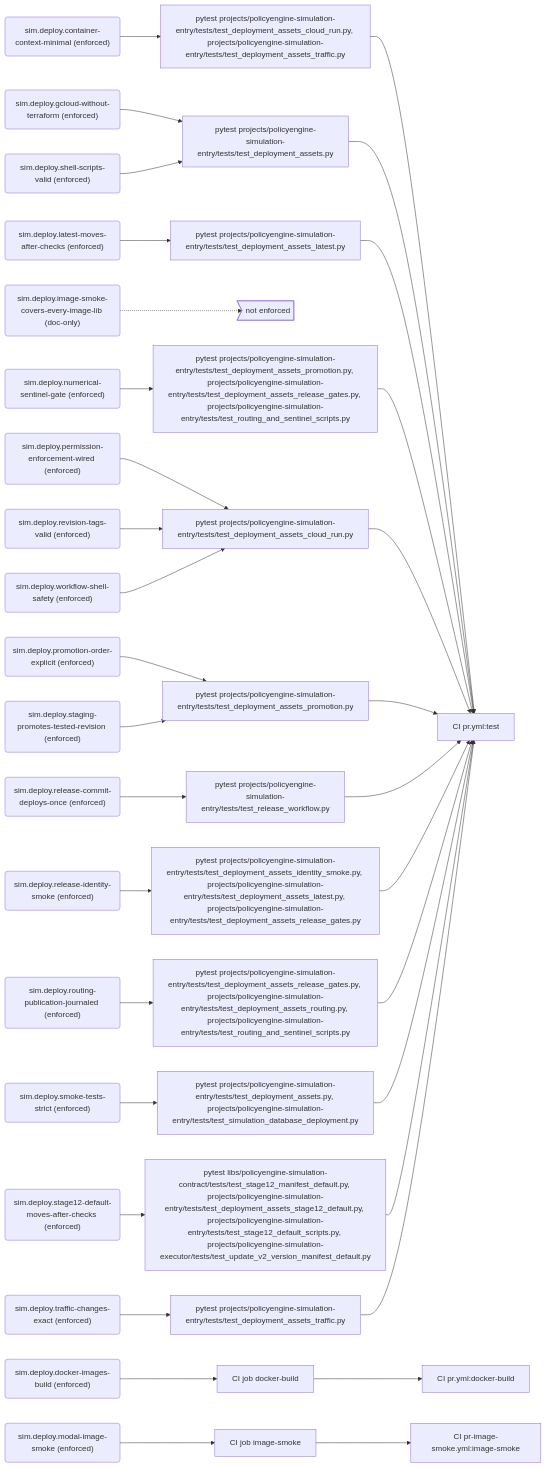
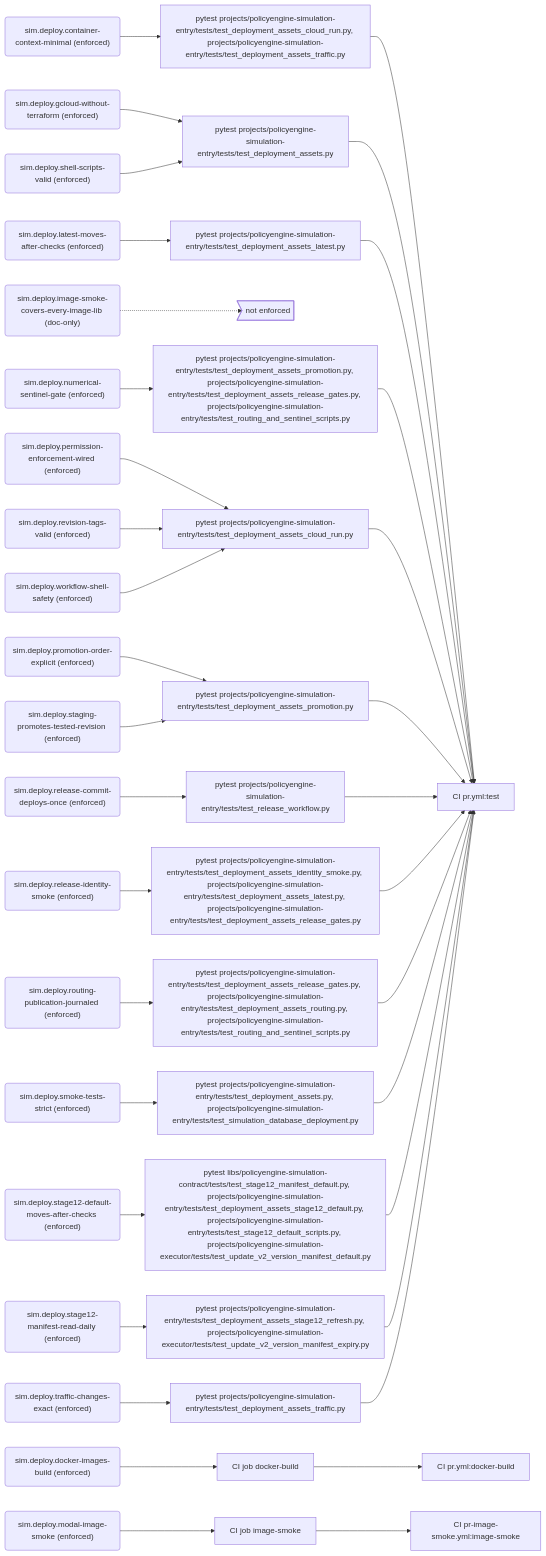
The fourth of 11 diagrams in docs/generated/rules.md (PolicyEngine/policyengine-sim-api), drawn with Mermaid before and after one commit. The commit also changed other lines of this file and 10 other files, not shown here.

First line of the commit message:
Read the Stage 12 v2 manifest daily, and refuse to publish a deployment's worker into a missing one

````diff
--- a/docs/generated/rules.md
+++ b/docs/generated/rules.md
@@ -187,73 +189,77 @@
 ```mermaid
 flowchart LR
   r_sim_deploy_container_context_minimal("sim.deploy.container-context-minimal (enforced)")
   e_pytest_projects_policyengine_simulation_entry_tests_test_deployment_assets_cloud_run_py__projects_policyengine_simulation_entry_tests_test_deployment_assets_traffic_py["pytest projects/policyengine-simulation-entry/tests/test_deployment_assets_cloud_run.py, projects/policyengine-simulation-entry/tests/test_deployment_assets_traffic.py"]
   j_CI_pr_yml_test["CI pr.yml:test"]
   r_sim_deploy_docker_images_build("sim.deploy.docker-images-build (enforced)")
   e_CI_job_docker_build["CI job docker-build"]
   j_CI_pr_yml_docker_build["CI pr.yml:docker-build"]
   r_sim_deploy_gcloud_without_terraform("sim.deploy.gcloud-without-terraform (enforced)")
   e_pytest_projects_policyengine_simulation_entry_tests_test_deployment_assets_py["pytest projects/policyengine-simulation-entry/tests/test_deployment_assets.py"]
   r_sim_deploy_image_smoke_covers_every_image_lib("sim.deploy.image-smoke-covers-every-image-lib (doc-only)")
   gap_unenforced>"not enforced"]
   r_sim_deploy_latest_moves_after_checks("sim.deploy.latest-moves-after-checks (enforced)")
   e_pytest_projects_policyengine_simulation_entry_tests_test_deployment_assets_latest_py["pytest projects/policyengine-simulation-entry/tests/test_deployment_assets_latest.py"]
   r_sim_deploy_modal_image_smoke("sim.deploy.modal-image-smoke (enforced)")
   e_CI_job_image_smoke["CI job image-smoke"]
   j_CI_pr_image_smoke_yml_image_smoke["CI pr-image-smoke.yml:image-smoke"]
   r_sim_deploy_numerical_sentinel_gate("sim.deploy.numerical-sentinel-gate (enforced)")
   e_pytest_projects_policyengine_simulation_entry_tests_test_deployment_assets_promotion_py__projects_policyengine_simulation_entry_tests_test_deployment_assets_release_gates_py__projects_policyengine_simulation_entry_tests_test_routing_and_sentinel_scripts_py["pytest projects/policyengine-simulation-entry/tests/test_deployment_assets_promotion.py, projects/policyengine-simulation-entry/tests/test_deployment_assets_release_gates.py, projects/policyengine-simulation-entry/tests/test_routing_and_sentinel_scripts.py"]
   r_sim_deploy_permission_enforcement_wired("sim.deploy.permission-enforcement-wired (enforced)")
   e_pytest_projects_policyengine_simulation_entry_tests_test_deployment_assets_cloud_run_py["pytest projects/policyengine-simulation-entry/tests/test_deployment_assets_cloud_run.py"]
   r_sim_deploy_promotion_order_explicit("sim.deploy.promotion-order-explicit (enforced)")
   e_pytest_projects_policyengine_simulation_entry_tests_test_deployment_assets_promotion_py["pytest projects/policyengine-simulation-entry/tests/test_deployment_assets_promotion.py"]
   r_sim_deploy_release_commit_deploys_once("sim.deploy.release-commit-deploys-once (enforced)")
   e_pytest_projects_policyengine_simulation_entry_tests_test_release_workflow_py["pytest projects/policyengine-simulation-entry/tests/test_release_workflow.py"]
   r_sim_deploy_release_identity_smoke("sim.deploy.release-identity-smoke (enforced)")
   e_pytest_projects_policyengine_simulation_entry_tests_test_deployment_assets_identity_smoke_py__projects_policyengine_simulation_entry_tests_test_deployment_assets_latest_py__projects_policyengine_simulation_entry_tests_test_deployment_assets_release_gates_py["pytest projects/policyengine-simulation-entry/tests/test_deployment_assets_identity_smoke.py, projects/policyengine-simulation-entry/tests/test_deployment_assets_latest.py, projects/policyengine-simulation-entry/tests/test_deployment_assets_release_gates.py"]
   r_sim_deploy_revision_tags_valid("sim.deploy.revision-tags-valid (enforced)")
   r_sim_deploy_routing_publication_journaled("sim.deploy.routing-publication-journaled (enforced)")
   e_pytest_projects_policyengine_simulation_entry_tests_test_deployment_assets_release_gates_py__projects_policyengine_simulation_entry_tests_test_deployment_assets_routing_py__projects_policyengine_simulation_entry_tests_test_routing_and_sentinel_scripts_py["pytest projects/policyengine-simulation-entry/tests/test_deployment_assets_release_gates.py, projects/policyengine-simulation-entry/tests/test_deployment_assets_routing.py, projects/policyengine-simulation-entry/tests/test_routing_and_sentinel_scripts.py"]
   r_sim_deploy_shell_scripts_valid("sim.deploy.shell-scripts-valid (enforced)")
   r_sim_deploy_smoke_tests_strict("sim.deploy.smoke-tests-strict (enforced)")
   e_pytest_projects_policyengine_simulation_entry_tests_test_deployment_assets_py__projects_policyengine_simulation_entry_tests_test_simulation_database_deployment_py["pytest projects/policyengine-simulation-entry/tests/test_deployment_assets.py, projects/policyengine-simulation-entry/tests/test_simulation_database_deployment.py"]
   r_sim_deploy_stage12_default_moves_after_checks("sim.deploy.stage12-default-moves-after-checks (enforced)")
   e_pytest_libs_policyengine_simulation_contract_tests_test_stage12_manifest_default_py__projects_policyengine_simulation_entry_tests_test_deployment_assets_stage12_default_py__projects_policyengine_simulation_entry_tests_test_stage12_default_scripts_py__projects_policyengine_simulation_executor_tests_test_update_v2_version_manifest_default_py["pytest libs/policyengine-simulation-contract/tests/test_stage12_manifest_default.py, projects/policyengine-simulation-entry/tests/test_deployment_assets_stage12_default.py, projects/policyengine-simulation-entry/tests/test_stage12_default_scripts.py, projects/policyengine-simulation-executor/tests/test_update_v2_version_manifest_default.py"]
+  r_sim_deploy_stage12_manifest_read_daily("sim.deploy.stage12-manifest-read-daily (enforced)")
+  e_pytest_projects_policyengine_simulation_entry_tests_test_deployment_assets_stage12_refresh_py__projects_policyengine_simulation_executor_tests_test_update_v2_version_manifest_expiry_py["pytest projects/policyengine-simulation-entry/tests/test_deployment_assets_stage12_refresh.py, projects/policyengine-simulation-executor/tests/test_update_v2_version_manifest_expiry.py"]
   r_sim_deploy_staging_promotes_tested_revision("sim.deploy.staging-promotes-tested-revision (enforced)")
   r_sim_deploy_traffic_changes_exact("sim.deploy.traffic-changes-exact (enforced)")
   e_pytest_projects_policyengine_simulation_entry_tests_test_deployment_assets_traffic_py["pytest projects/policyengine-simulation-entry/tests/test_deployment_assets_traffic.py"]
   r_sim_deploy_workflow_shell_safety("sim.deploy.workflow-shell-safety (enforced)")
   r_sim_deploy_container_context_minimal --> e_pytest_projects_policyengine_simulation_entry_tests_test_deployment_assets_cloud_run_py__projects_policyengine_simulation_entry_tests_test_deployment_assets_traffic_py
   e_pytest_projects_policyengine_simulation_entry_tests_test_deployment_assets_cloud_run_py__projects_policyengine_simulation_entry_tests_test_deployment_assets_traffic_py --> j_CI_pr_yml_test
   r_sim_deploy_docker_images_build --> e_CI_job_docker_build
   e_CI_job_docker_build --> j_CI_pr_yml_docker_build
   r_sim_deploy_gcloud_without_terraform --> e_pytest_projects_policyengine_simulation_entry_tests_test_deployment_assets_py
   e_pytest_projects_policyengine_simulation_entry_tests_test_deployment_assets_py --> j_CI_pr_yml_test
   r_sim_deploy_image_smoke_covers_every_image_lib -.-> gap_unenforced
   r_sim_deploy_latest_moves_after_checks --> e_pytest_projects_policyengine_simulation_entry_tests_test_deployment_assets_latest_py
   e_pytest_projects_policyengine_simulation_entry_tests_test_deployment_assets_latest_py --> j_CI_pr_yml_test
   r_sim_deploy_modal_image_smoke --> e_CI_job_image_smoke
   e_CI_job_image_smoke --> j_CI_pr_image_smoke_yml_image_smoke
   r_sim_deploy_numerical_sentinel_gate --> e_pytest_projects_policyengine_simulation_entry_tests_test_deployment_assets_promotion_py__projects_policyengine_simulation_entry_tests_test_deployment_assets_release_gates_py__projects_policyengine_simulation_entry_tests_test_routing_and_sentinel_scripts_py
   e_pytest_projects_policyengine_simulation_entry_tests_test_deployment_assets_promotion_py__projects_policyengine_simulation_entry_tests_test_deployment_assets_release_gates_py__projects_policyengine_simulation_entry_tests_test_routing_and_sentinel_scripts_py --> j_CI_pr_yml_test
   r_sim_deploy_permission_enforcement_wired --> e_pytest_projects_policyengine_simulation_entry_tests_test_deployment_assets_cloud_run_py
   e_pytest_projects_policyengine_simulation_entry_tests_test_deployment_assets_cloud_run_py --> j_CI_pr_yml_test
   r_sim_deploy_promotion_order_explicit --> e_pytest_projects_policyengine_simulation_entry_tests_test_deployment_assets_promotion_py
   e_pytest_projects_policyengine_simulation_entry_tests_test_deployment_assets_promotion_py --> j_CI_pr_yml_test
   r_sim_deploy_release_commit_deploys_once --> e_pytest_projects_policyengine_simulation_entry_tests_test_release_workflow_py
   e_pytest_projects_policyengine_simulation_entry_tests_test_release_workflow_py --> j_CI_pr_yml_test
   r_sim_deploy_release_identity_smoke --> e_pytest_projects_policyengine_simulation_entry_tests_test_deployment_assets_identity_smoke_py__projects_policyengine_simulation_entry_tests_test_deployment_assets_latest_py__projects_policyengine_simulation_entry_tests_test_deployment_assets_release_gates_py
   e_pytest_projects_policyengine_simulation_entry_tests_test_deployment_assets_identity_smoke_py__projects_policyengine_simulation_entry_tests_test_deployment_assets_latest_py__projects_policyengine_simulation_entry_tests_test_deployment_assets_release_gates_py --> j_CI_pr_yml_test
   r_sim_deploy_revision_tags_valid --> e_pytest_projects_policyengine_simulation_entry_tests_test_deployment_assets_cloud_run_py
   r_sim_deploy_routing_publication_journaled --> e_pytest_projects_policyengine_simulation_entry_tests_test_deployment_assets_release_gates_py__projects_policyengine_simulation_entry_tests_test_deployment_assets_routing_py__projects_policyengine_simulation_entry_tests_test_routing_and_sentinel_scripts_py
   e_pytest_projects_policyengine_simulation_entry_tests_test_deployment_assets_release_gates_py__projects_policyengine_simulation_entry_tests_test_deployment_assets_routing_py__projects_policyengine_simulation_entry_tests_test_routing_and_sentinel_scripts_py --> j_CI_pr_yml_test
   r_sim_deploy_shell_scripts_valid --> e_pytest_projects_policyengine_simulation_entry_tests_test_deployment_assets_py
   r_sim_deploy_smoke_tests_strict --> e_pytest_projects_policyengine_simulation_entry_tests_test_deployment_assets_py__projects_policyengine_simulation_entry_tests_test_simulation_database_deployment_py
   e_pytest_projects_policyengine_simulation_entry_tests_test_deployment_assets_py__projects_policyengine_simulation_entry_tests_test_simulation_database_deployment_py --> j_CI_pr_yml_test
   r_sim_deploy_stage12_default_moves_after_checks --> e_pytest_libs_policyengine_simulation_contract_tests_test_stage12_manifest_default_py__projects_policyengine_simulation_entry_tests_test_deployment_assets_stage12_default_py__projects_policyengine_simulation_entry_tests_test_stage12_default_scripts_py__projects_policyengine_simulation_executor_tests_test_update_v2_version_manifest_default_py
   e_pytest_libs_policyengine_simulation_contract_tests_test_stage12_manifest_default_py__projects_policyengine_simulation_entry_tests_test_deployment_assets_stage12_default_py__projects_policyengine_simulation_entry_tests_test_stage12_default_scripts_py__projects_policyengine_simulation_executor_tests_test_update_v2_version_manifest_default_py --> j_CI_pr_yml_test
+  r_sim_deploy_stage12_manifest_read_daily --> e_pytest_projects_policyengine_simulation_entry_tests_test_deployment_assets_stage12_refresh_py__projects_policyengine_simulation_executor_tests_test_update_v2_version_manifest_expiry_py
+  e_pytest_projects_policyengine_simulation_entry_tests_test_deployment_assets_stage12_refresh_py__projects_policyengine_simulation_executor_tests_test_update_v2_version_manifest_expiry_py --> j_CI_pr_yml_test
   r_sim_deploy_staging_promotes_tested_revision --> e_pytest_projects_policyengine_simulation_entry_tests_test_deployment_assets_promotion_py
   r_sim_deploy_traffic_changes_exact --> e_pytest_projects_policyengine_simulation_entry_tests_test_deployment_assets_traffic_py
   e_pytest_projects_policyengine_simulation_entry_tests_test_deployment_assets_traffic_py --> j_CI_pr_yml_test
   r_sim_deploy_workflow_shell_safety --> e_pytest_projects_policyengine_simulation_entry_tests_test_deployment_assets_cloud_run_py
 ```
````
